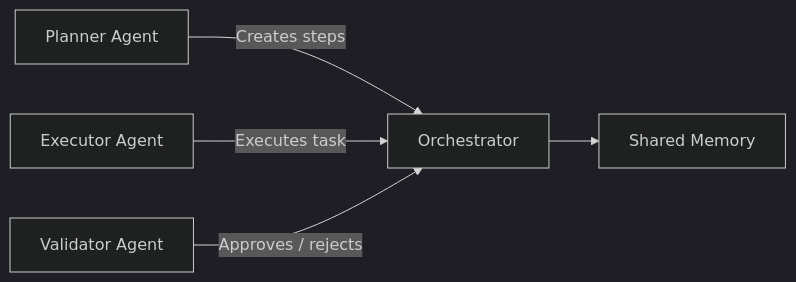
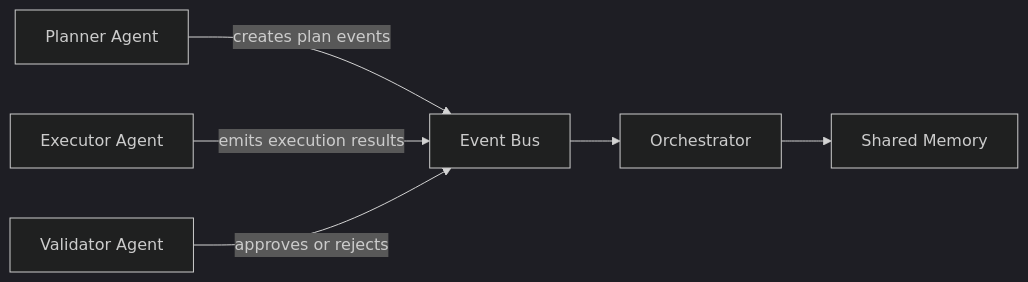
The second of 2 diagrams in docs/architecture.md (abdallauno1/multi-Agent-system), drawn with Mermaid (dark theme) before and after one commit. The commit also changed other lines of this file and 8 other files, not shown here.

Commit message:
feat: event-driven architecture with event bus and multi-agent orchestration

````diff
--- a/docs/architecture.md
+++ b/docs/architecture.md
@@ -24,7 +21,8 @@
 ```mermaid
 flowchart LR
-    P[Planner Agent] -->|Creates steps| O[Orchestrator]
-    E[Executor Agent] -->|Executes task| O
-    V[Validator Agent] -->|Approves / rejects| O
+    P[Planner Agent] -->|creates plan events| B[Event Bus]
+    E[Executor Agent] -->|emits execution results| B
+    V[Validator Agent] -->|approves or rejects| B
+    B --> O[Orchestrator]
     O --> M[Shared Memory]
 ```
````
